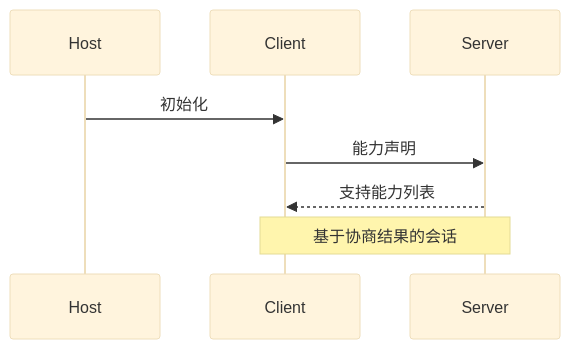
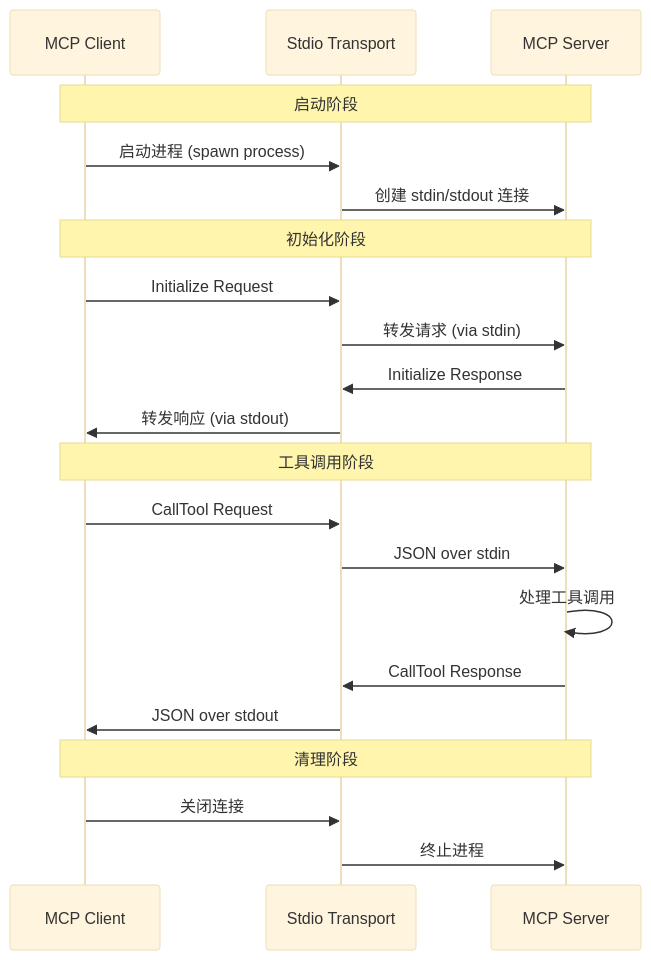
One commit to sjzsdu/tong-notes changed the first of 7 diagrams in content/posts/ai/mcp/mcp.md. Above: the diagram before and after it, drawn with Mermaid (base theme). The commit also changed other lines of this file and 57 other files, not shown here.

````diff
--- a/content/posts/ai/mcp/mcp.md
+++ b/content/posts/ai/mcp/mcp.md
@@ -136,10 +19,27 @@
 ```mermaid
 sequenceDiagram
-    participant H as Host
-    participant C as Client
-    participant S as Server
-    H->>C: 初始化
-    C->>S: 能力声明
-    S-->>C: 支持能力列表
-    Note over C,S: 基于协商结果的会话
+    participant C as MCP Client
+    participant T as Stdio Transport
+    participant S as MCP Server
+    
+    Note over C,S: 启动阶段
+    C->>T: 启动进程 (spawn process)
+    T->>S: 创建 stdin/stdout 连接
+    
+    Note over C,S: 初始化阶段
+    C->>T: Initialize Request
+    T->>S: 转发请求 (via stdin)
+    S->>T: Initialize Response
+    T->>C: 转发响应 (via stdout)
+    
+    Note over C,S: 工具调用阶段
+    C->>T: CallTool Request
+    T->>S: JSON over stdin
+    S->>S: 处理工具调用
+    S->>T: CallTool Response
+    T->>C: JSON over stdout
+    
+    Note over C,S: 清理阶段
+    C->>T: 关闭连接
+    T->>S: 终止进程
 ```
````
